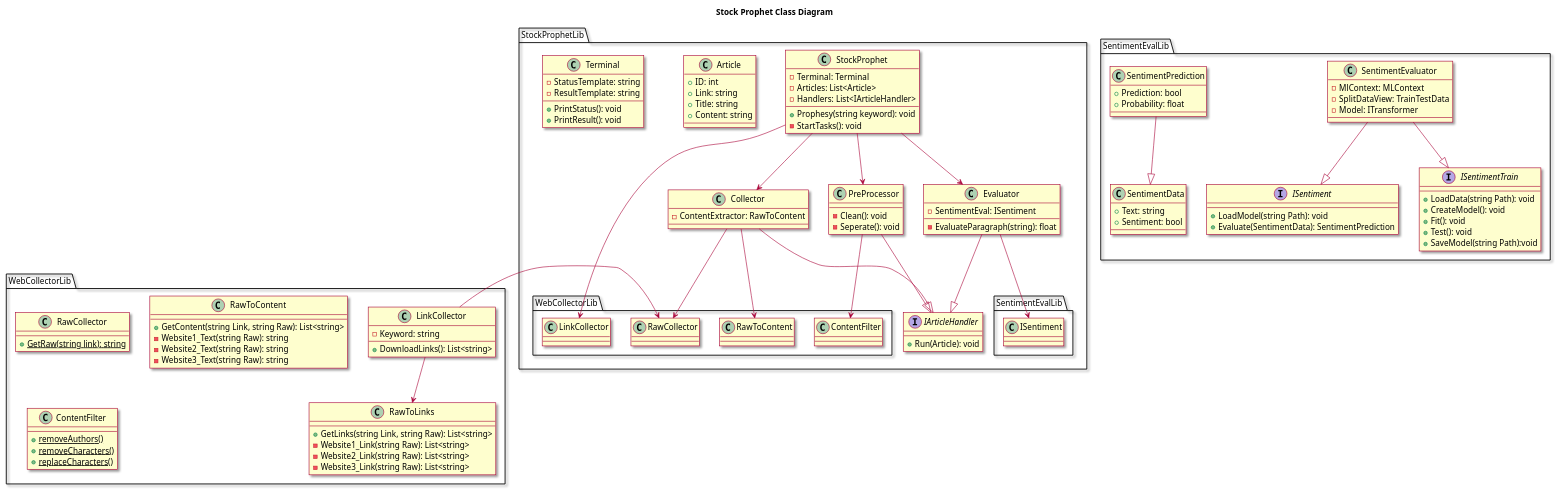
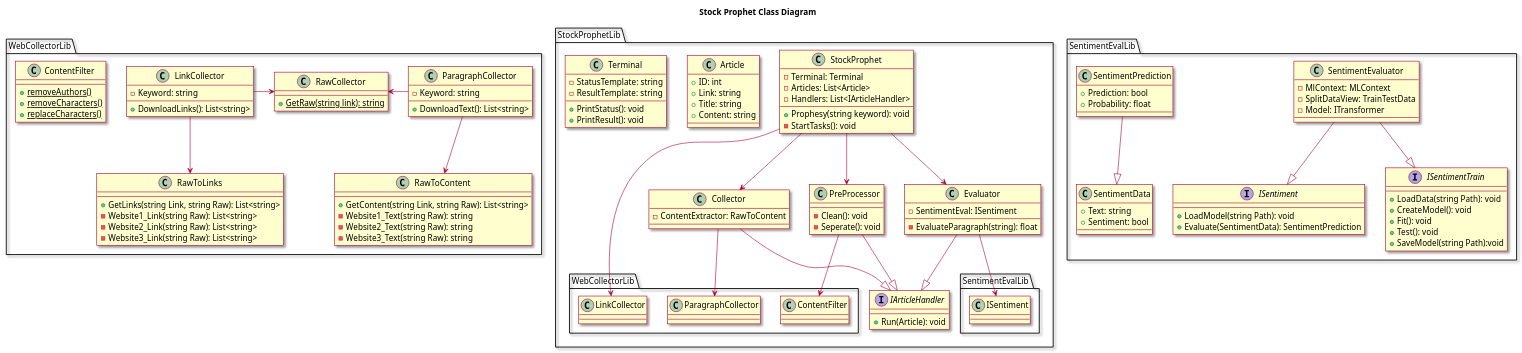
Before and after one commit to Ifi-Softwareentwicklung-SoSe2023/TUBAF_SE-Project_StockProphet: the diagram in doc/classDiagram.plantuml, drawn with PlantUML.

Commit message:
changes in WebCollectorLib --> #11

```diff
--- a/doc/classDiagram.plantuml
+++ b/doc/classDiagram.plantuml
@@ -1,144 +1,149 @@
 @startuml Project Model Class Diagram
 
 skin rose
 
 title Stock Prophet Class Diagram
 
 
 package StockProphetLib {
 
     class StockProphet {
         -Terminal: Terminal
         -Articles: List<Article>
         -Handlers: List<IArticleHandler>
         +Prophesy(string keyword): void
         -StartTasks(): void
     }
     StockProphet --> WebCollectorLib.LinkCollector
     StockProphet --> Collector
     StockProphet --> PreProcessor
     StockProphet --> Evaluator
     
 
     interface IArticleHandler {
         +Run(Article): void
     }
 
 
     class Collector {
         -ContentExtractor: RawToContent
     }
     Collector --|> IArticleHandler
-    Collector --> WebCollectorLib.RawCollector
-    Collector --> WebCollectorLib.RawToContent
+    Collector --> WebCollectorLib.ParagraphCollector
     
 
     class PreProcessor {
         -Clean(): void
         -Seperate(): void
     }
     PreProcessor --|> IArticleHandler
     PreProcessor --> WebCollectorLib.ContentFilter
 
 
     class Evaluator {
         -SentimentEval: ISentiment
         -EvaluateParagraph(string): float
     }
     Evaluator --|> IArticleHandler
     Evaluator --> SentimentEvalLib.ISentiment
 
 
     class Article {
         +ID: int
         +Link: string
         +Title: string
         +Content: string
     }
 
 
     class Terminal {
         -StatusTemplate: string
         +PrintStatus(): void
         -ResultTemplate: string
         +PrintResult(): void
     }
 }
 
 
 package WebCollectorLib 
 {
     class LinkCollector {
         -Keyword: string
         +DownloadLinks(): List<string>
     }
     LinkCollector -down-> RawToLinks
     LinkCollector -right-> RawCollector
 
+    class ParagraphCollector {
+        -Keyword: string
+        +DownloadText(): List<string>
+    }
+    ParagraphCollector -down-> RawToContent
+    ParagraphCollector -left-> RawCollector
 
     class RawCollector {
         {static} +GetRaw(string link): string
     }
 
 
     class RawToLinks {
         +GetLinks(string Link, string Raw): List<string>
         -Website1_Link(string Raw): List<string>
         -Website2_Link(string Raw): List<string>
         -Website3_Link(string Raw): List<string>
     }
    
 
     class RawToContent {
         +GetContent(string Link, string Raw): List<string>
         -Website1_Text(string Raw): string
         -Website2_Text(string Raw): string
         -Website3_Text(string Raw): string
     }
 
 
     class ContentFilter {
         {static} +removeAuthors()
         {static} +removeCharacters()
         {static} +replaceCharacters()
     }
 }
 
 
 package SentimentEvalLib 
 {
     interface ISentiment {
         +LoadModel(string Path): void
         +Evaluate(SentimentData): SentimentPrediction
     }
 
     interface ISentimentTrain {
         +LoadData(string Path): void
         +CreateModel(): void
         +Fit(): void
         +Test(): void
         +SaveModel(string Path):void
     }
     
     class SentimentEvaluator {
         -MlContext: MLContext
         -SplitDataView: TrainTestData
         -Model: ITransformer
     }
     SentimentEvaluator --|> ISentiment
     SentimentEvaluator --|> ISentimentTrain
 
     class SentimentData {
         +Text: string
         +Sentiment: bool
     }
 
     class SentimentPrediction {
         +Prediction: bool
         +Probability: float
     }
     SentimentPrediction --|> SentimentData
 }
 
 
 @enduml
```
